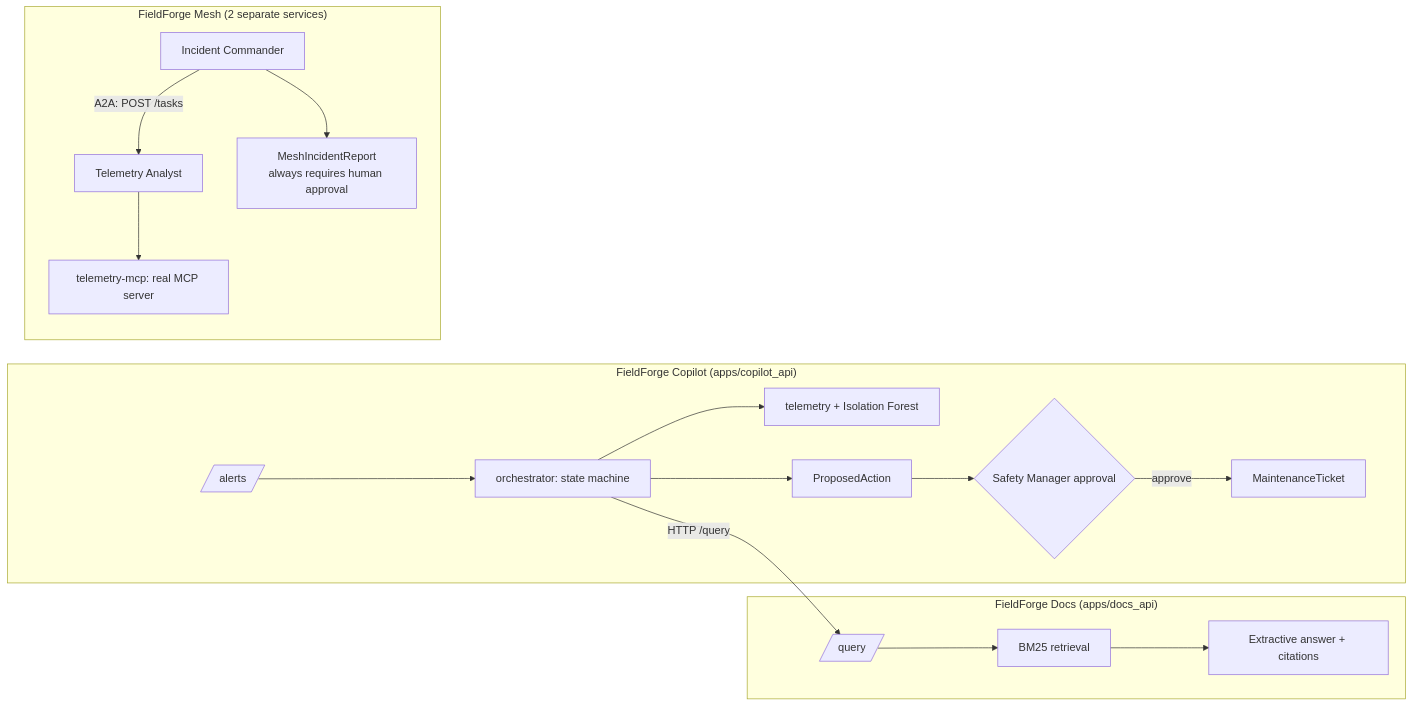
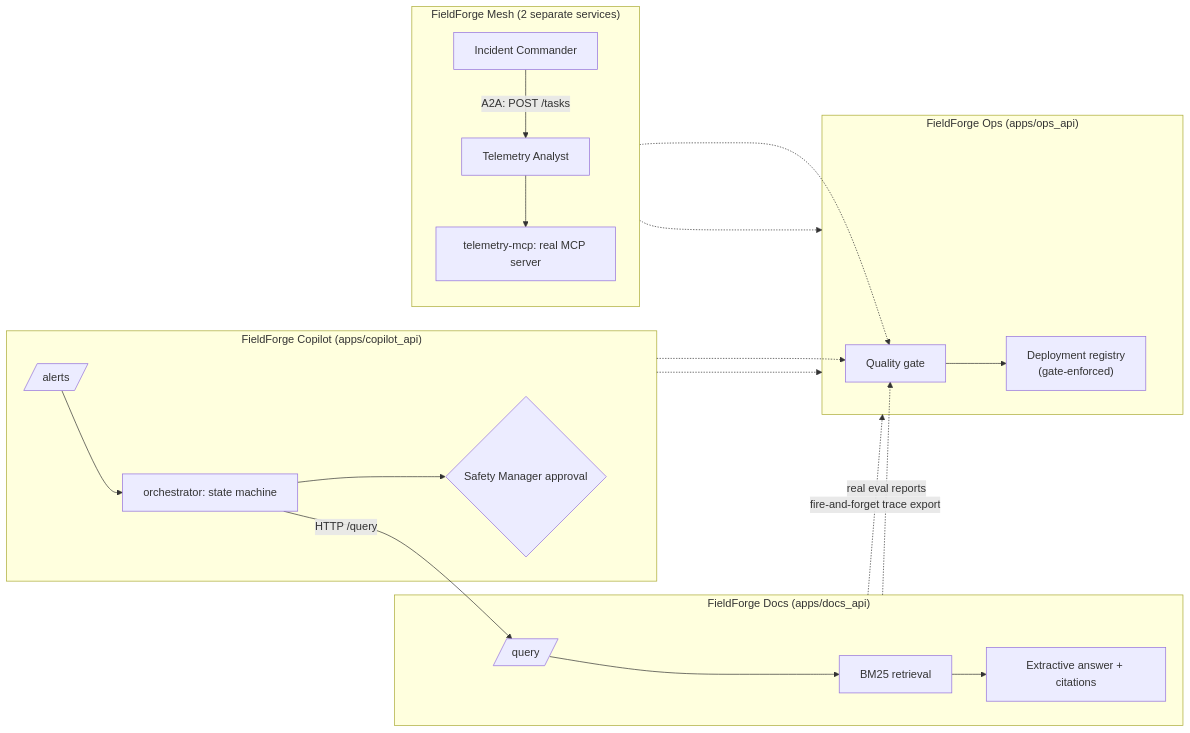
The diagram in README.md (Kirandkv/Field), drawn with Mermaid before and after one commit. The commit also changed other lines of this file and 31 other files, not shown here.

````diff
--- a/README.md
+++ b/README.md
@@ -52,18 +61,24 @@
 ```mermaid
 flowchart LR
     subgraph Docs["FieldForge Docs (apps/docs_api)"]
         DQ[/query/] --> DR[BM25 retrieval] --> DA[Extractive answer + citations]
     end
     subgraph Copilot["FieldForge Copilot (apps/copilot_api)"]
         CA[/alerts/] --> CO[orchestrator: state machine]
-        CO --> CT[telemetry + Isolation Forest]
         CO -->|HTTP /query| DQ
-        CO --> CP[ProposedAction] --> CH{Safety Manager approval}
-        CH -->|approve| CTK[MaintenanceTicket]
+        CO --> CH{Safety Manager approval}
     end
     subgraph Mesh["FieldForge Mesh (2 separate services)"]
         CMD[Incident Commander] -->|A2A: POST /tasks| TA[Telemetry Analyst]
         TA --> MCP[telemetry-mcp: real MCP server]
-        CMD --> MR[MeshIncidentReport\nalways requires human approval]
     end
+    subgraph Ops["FieldForge Ops (apps/ops_api)"]
+        GATE[Quality gate] --> DEPLOY["Deployment registry\n(gate-enforced)"]
+    end
+    Docs -.->|fire-and-forget trace export| Ops
+    Copilot -.-> Ops
+    Mesh -.-> Ops
+    Docs -.->|real eval reports| GATE
+    Copilot -.-> GATE
+    Mesh -.-> GATE
 ```
````
